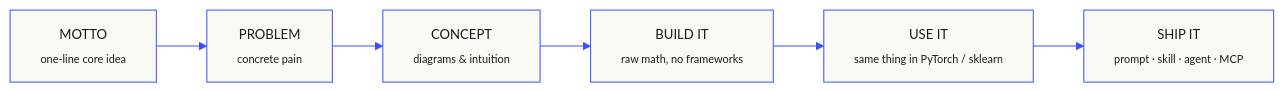
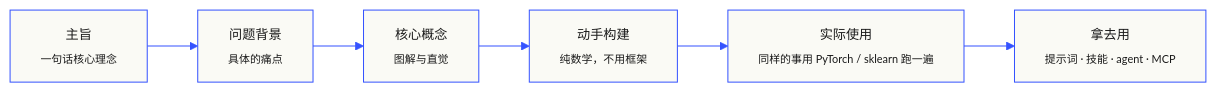
The second of 2 diagrams in README.md (fancyboi999/ai-engineering-from-scratch-zh), drawn with Mermaid before and after one commit. The commit also changed other lines of this file, not shown here.

First line of the commit message:
feat(readme): 两个 mermaid 图中文化 + stars badge 绕 camo 缓存

````diff
--- a/README.md
+++ b/README.md
@@ -115,9 +115,9 @@
 ```mermaid
 %%{init: {'theme':'base','themeVariables':{'primaryColor':'#fafaf5','primaryTextColor':'#1a1a1a','primaryBorderColor':'#3553ff','lineColor':'#3553ff','fontFamily':'JetBrains Mono','fontSize':'13px'}}}%%
 flowchart LR
-  M["MOTTO<br/><sub>one-line core idea</sub>"] --> Pr["PROBLEM<br/><sub>concrete pain</sub>"]
-  Pr --> C["CONCEPT<br/><sub>diagrams &amp; intuition</sub>"]
-  C --> B["BUILD IT<br/><sub>raw math, no frameworks</sub>"]
-  B --> U["USE IT<br/><sub>same thing in PyTorch / sklearn</sub>"]
-  U --> S["SHIP IT<br/><sub>prompt · skill · agent · MCP</sub>"]
+  M["主旨<br/><sub>一句话核心理念</sub>"] --> Pr["问题背景<br/><sub>具体的痛点</sub>"]
+  Pr --> C["核心概念<br/><sub>图解与直觉</sub>"]
+  C --> B["动手构建<br/><sub>纯数学，不用框架</sub>"]
+  B --> U["实际使用<br/><sub>同样的事用 PyTorch / sklearn 跑一遍</sub>"]
+  U --> S["拿去用<br/><sub>提示词 · 技能 · agent · MCP</sub>"]
 ```
````
